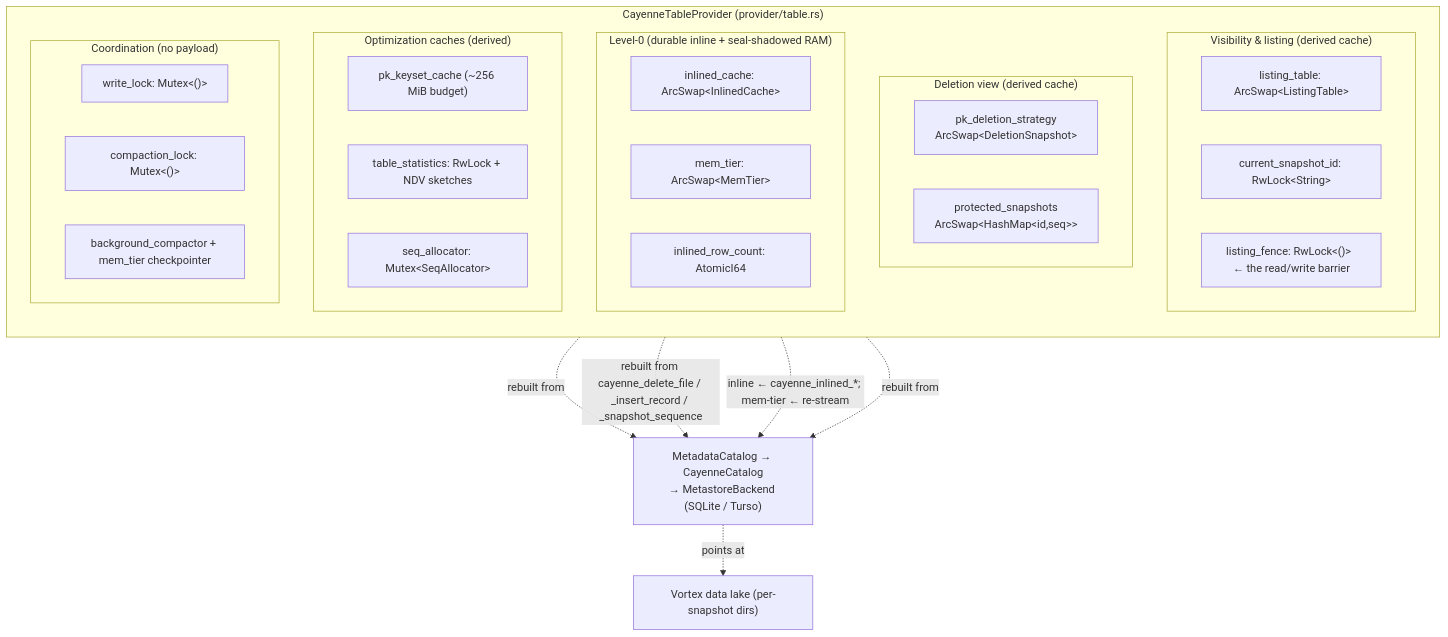
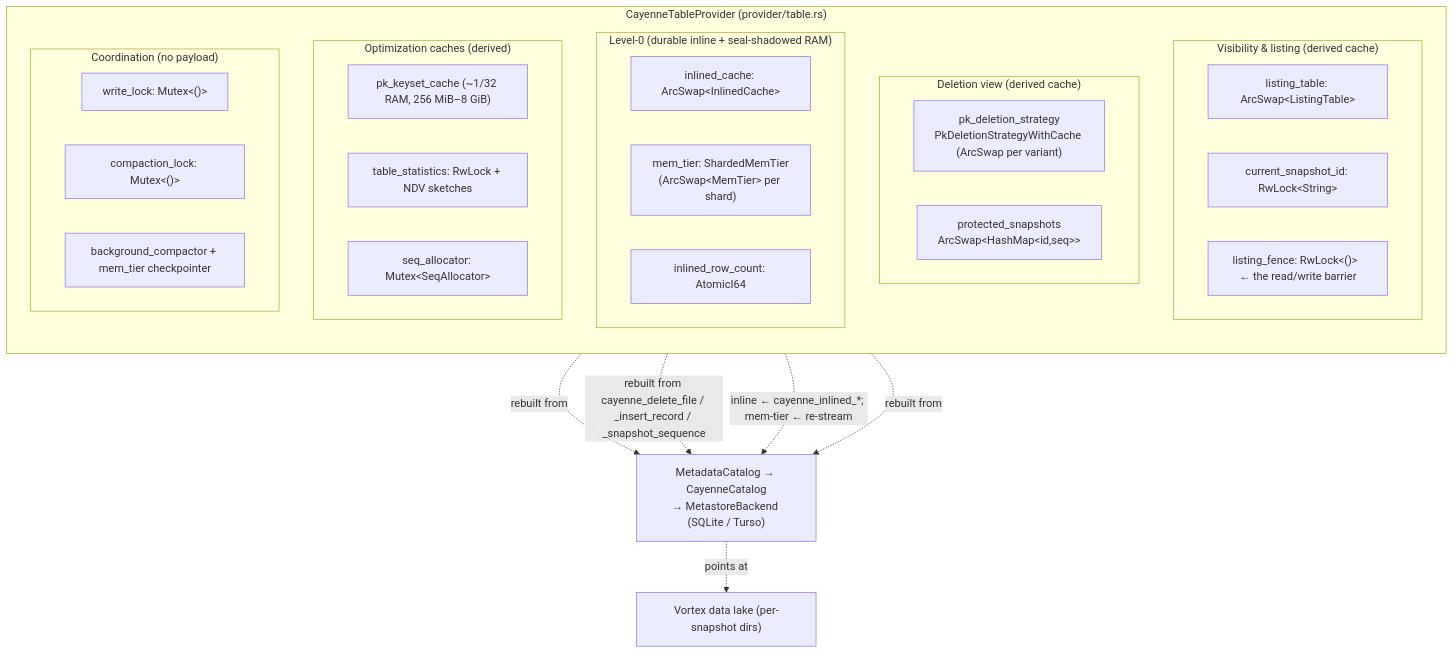
The third of 22 diagrams in docs/cayenne/cayenne.md (spiceai/spiceai), drawn with Mermaid before and after one commit. The commit also changed other lines of this file and 3 other files, not shown here.

````diff
--- a/docs/cayenne/cayenne.md
+++ b/docs/cayenne/cayenne.md
@@ -239,44 +242,44 @@
 ```mermaid
 flowchart TB
     subgraph PROV["CayenneTableProvider (provider/table.rs)"]
         direction TB
 
         subgraph VIS["Visibility & listing  (derived cache)"]
             LT["listing_table: ArcSwap&lt;ListingTable&gt;"]
             CSI["current_snapshot_id: RwLock&lt;String&gt;"]
             LF["listing_fence: RwLock&lt;()&gt;  ← the read/write barrier"]
         end
 
         subgraph DEL["Deletion view  (derived cache)"]
-            PDS["pk_deletion_strategy<br/>ArcSwap&lt;DeletionSnapshot&gt;"]
+            PDS["pk_deletion_strategy<br/>PkDeletionStrategyWithCache (ArcSwap per variant)"]
             PS["protected_snapshots<br/>ArcSwap&lt;HashMap&lt;id,seq&gt;&gt;"]
         end
 
         subgraph MEM["Level-0  (durable inline + seal-shadowed RAM)"]
             IC["inlined_cache: ArcSwap&lt;InlinedCache&gt;"]
-            MT["mem_tier: ArcSwap&lt;MemTier&gt;"]
+            MT["mem_tier: ShardedMemTier<br/>(ArcSwap&lt;MemTier&gt; per shard)"]
             IRC["inlined_row_count: AtomicI64"]
         end
 
         subgraph CACHE["Optimization caches  (derived)"]
-            PKC["pk_keyset_cache (~256 MiB budget)"]
+            PKC["pk_keyset_cache (~1/32 RAM, 256 MiB–8 GiB)"]
             STAT["table_statistics: RwLock + NDV sketches"]
             SEQ["seq_allocator: Mutex&lt;SeqAllocator&gt;"]
         end
 
         subgraph COORD["Coordination  (no payload)"]
             WL["write_lock: Mutex&lt;()&gt;"]
             CL["compaction_lock: Mutex&lt;()&gt;"]
             BG["background_compactor + mem_tier checkpointer"]
         end
     end
 
     CAT["MetadataCatalog → CayenneCatalog<br/>→ MetastoreBackend (SQLite / Turso)"]
     LAKE["Vortex data lake (per-snapshot dirs)"]
 
     VIS -. "rebuilt from" .-> CAT
     DEL -. "rebuilt from cayenne_delete_file / _insert_record / _snapshot_sequence" .-> CAT
     MEM -. "inline ← cayenne_inlined_*; mem-tier ← re-stream" .-> CAT
     CACHE -. "rebuilt from" .-> CAT
     CAT -. "points at" .-> LAKE
 ```
````
